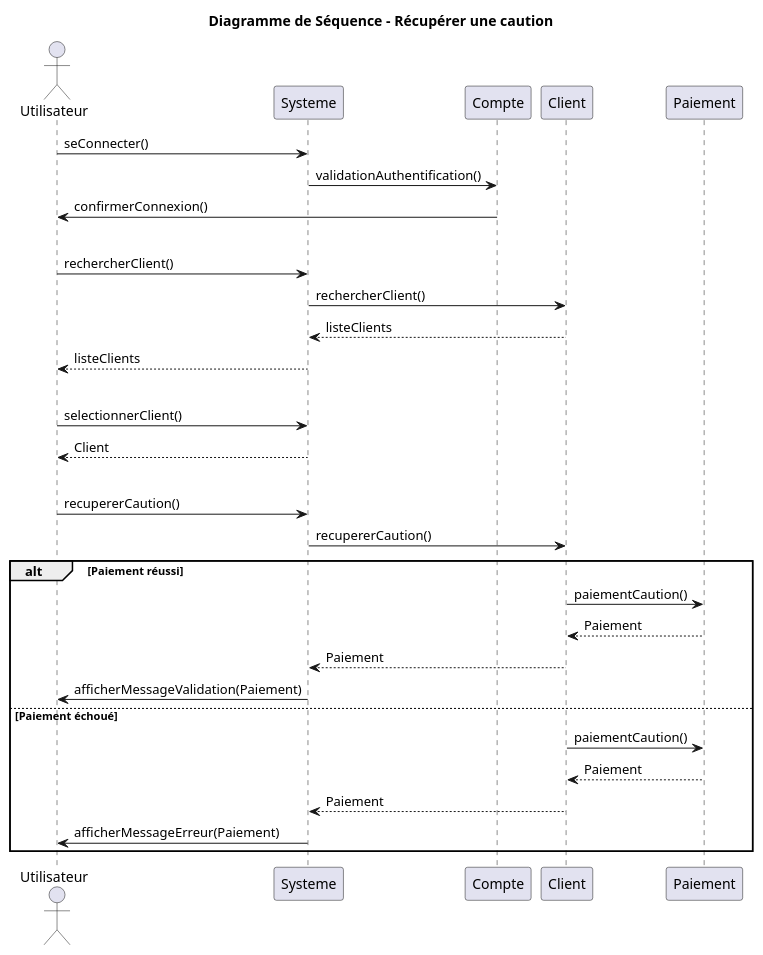
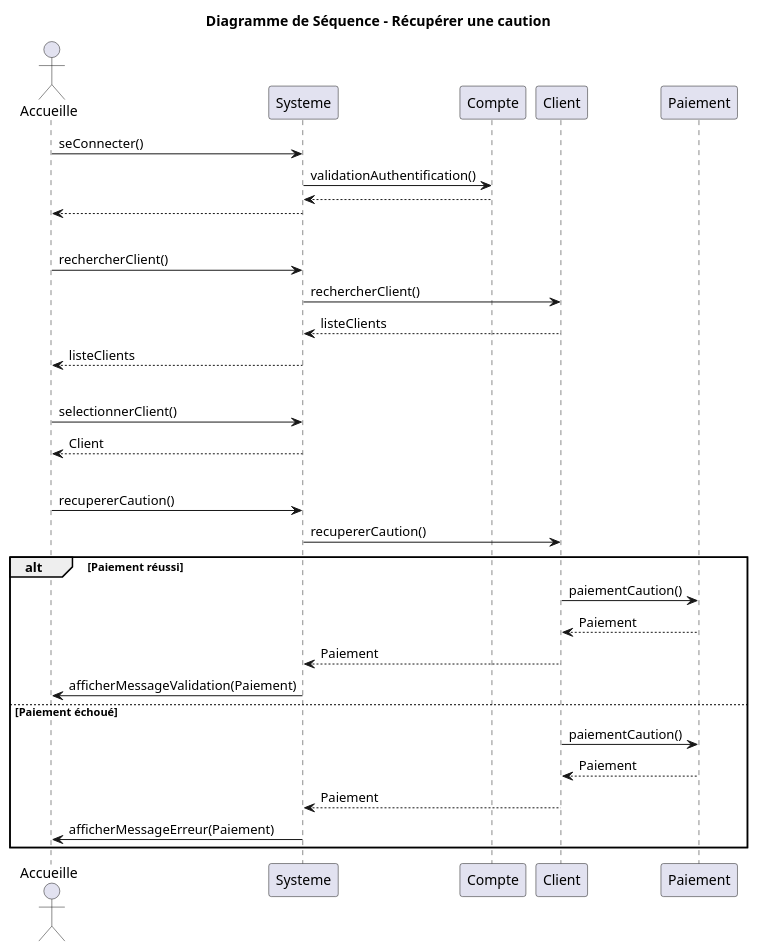
The diagram in UML/Diagramme_sequence_recuperer_caution.puml (Egario54/ProjetClubNautique), drawn with PlantUML before and after one commit. The commit also changed 31 other files, not shown here.

Commit message:
standardisation des retours dans les diagrammes

```diff
--- a/UML/Diagramme_sequence_recuperer_caution.puml
+++ b/UML/Diagramme_sequence_recuperer_caution.puml
@@ -1,50 +1,51 @@
 @startuml
 title Diagramme de Séquence - Récupérer une caution
-actor Utilisateur
+actor Accueille
 participant Systeme
 participant Compte
 participant Client
 participant Paiement
 
 'Connexion à un compte'
-Utilisateur -> Systeme: seConnecter()
+Accueille -> Systeme: seConnecter()
 Systeme -> Compte: validationAuthentification()
-Compte -> Utilisateur: confirmerConnexion()
+return
+Systeme --> Accueille
 
 'Séparation'
 |||
 
-'Utilisateur sélectionne un client'
-Utilisateur -> Systeme: rechercherClient()
+'Accueille sélectionne un client'
+Accueille -> Systeme: rechercherClient()
 Systeme -> Client: rechercherClient()
 return listeClients
-Utilisateur <-- Systeme: listeClients
+Accueille <-- Systeme: listeClients
 
 
 'Séparation'
 |||
 
 'Sélection d'un client'
-Utilisateur -> Systeme: selectionnerClient()
+Accueille -> Systeme: selectionnerClient()
 return Client
 
 'Séparation'
 |||
 
-'Utilisateur récupère la caution'
-Utilisateur -> Systeme: recupererCaution()
+'Accueille récupère la caution'
+Accueille -> Systeme: recupererCaution()
 Systeme -> Client: recupererCaution()
 alt Paiement réussi
 Client -> Paiement: paiementCaution()
 return Paiement
 Systeme <-- Client: Paiement
-Utilisateur <- Systeme: afficherMessageValidation(Paiement)
+Accueille <- Systeme: afficherMessageValidation(Paiement)
 
 else Paiement échoué
 Client -> Paiement: paiementCaution()
 return Paiement
 Systeme <-- Client: Paiement
-Utilisateur <- Systeme: afficherMessageErreur(Paiement)
+Accueille <- Systeme: afficherMessageErreur(Paiement)
 end
 
 @enduml
```
